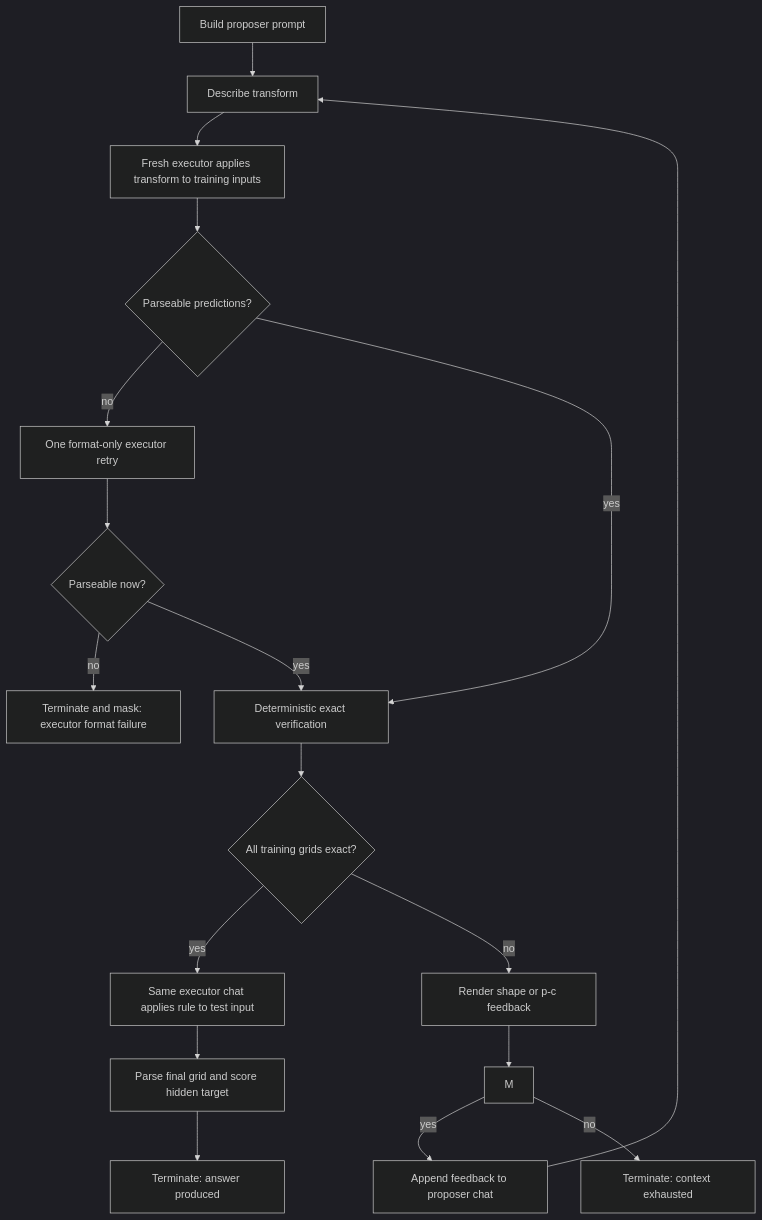
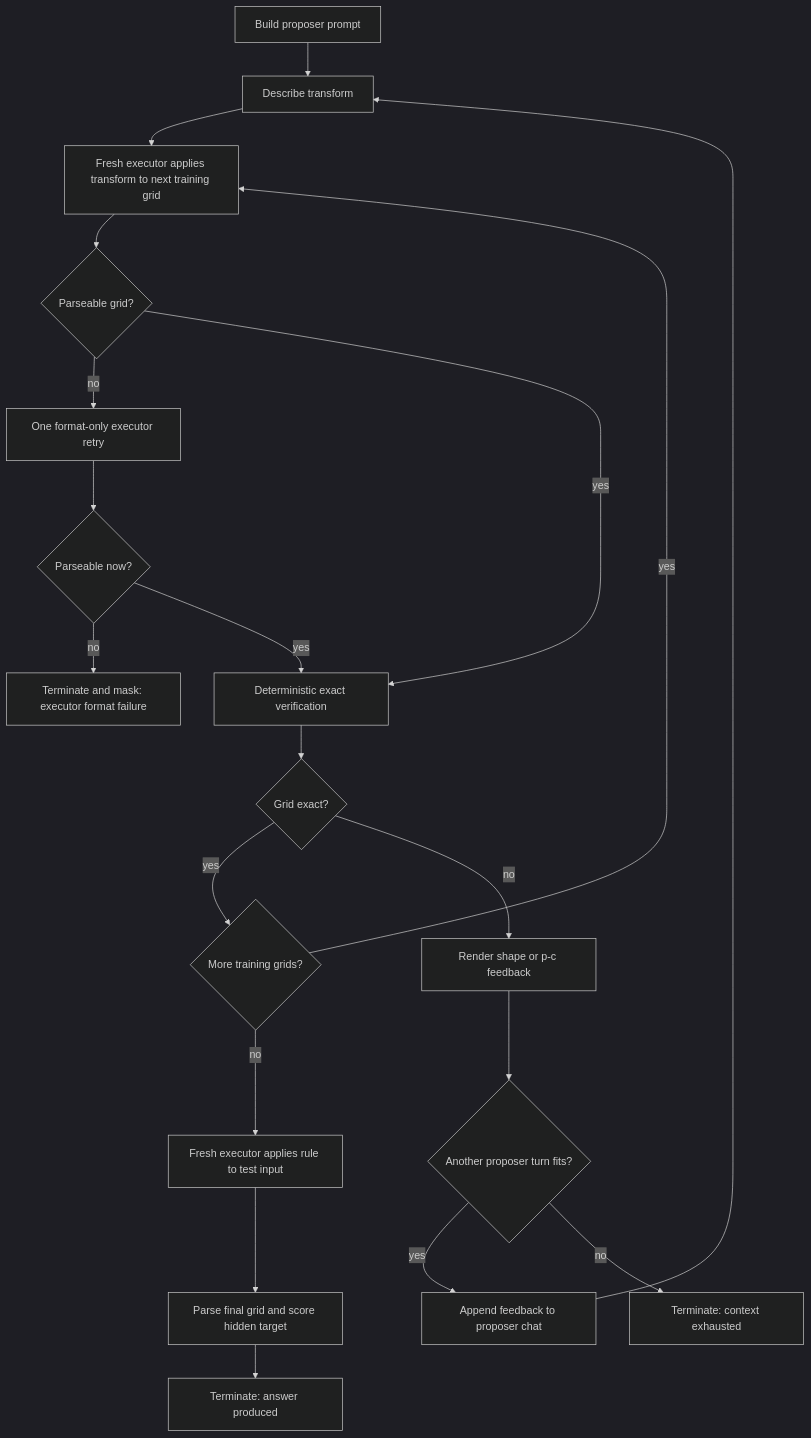
The diagram in docs/design-docs/arc-agi-multiturn.md (anlthms/RL), drawn with Mermaid (dark theme) before and after one commit. The commit also changed other lines of this file and 42 other files, not shown here.

````diff
--- a/docs/design-docs/arc-agi-multiturn.md
+++ b/docs/design-docs/arc-agi-multiturn.md
@@ -68,20 +58,22 @@
 ```mermaid
 flowchart TD
     A[Build proposer prompt] --> B[Describe transform]
-    B --> C[Fresh executor applies transform to training inputs]
-    C --> D{Parseable predictions?}
+    B --> C[Fresh executor applies transform to next training grid]
+    C --> D{Parseable grid?}
     D -- no --> E[One format-only executor retry]
     E --> F{Parseable now?}
     F -- no --> G[Terminate and mask: executor format failure]
     D -- yes --> H[Deterministic exact verification]
     F -- yes --> H
-    H --> I{All training grids exact?}
-    I -- yes --> J[Same executor chat applies rule to test input]
+    H --> I{Grid exact?}
+    I -- yes --> Q{More training grids?}
+    Q -- yes --> C
+    Q -- no --> J[Fresh executor applies rule to test input]
     J --> K[Parse final grid and score hidden target]
     I -- no --> L[Render shape or p-c feedback]
-    L --> M
+    L --> M{Another proposer turn fits?}
     M -- yes --> N[Append feedback to proposer chat]
     N --> B
     M -- no --> O[Terminate: context exhausted]
     K --> P[Terminate: answer produced]
 ```
````
